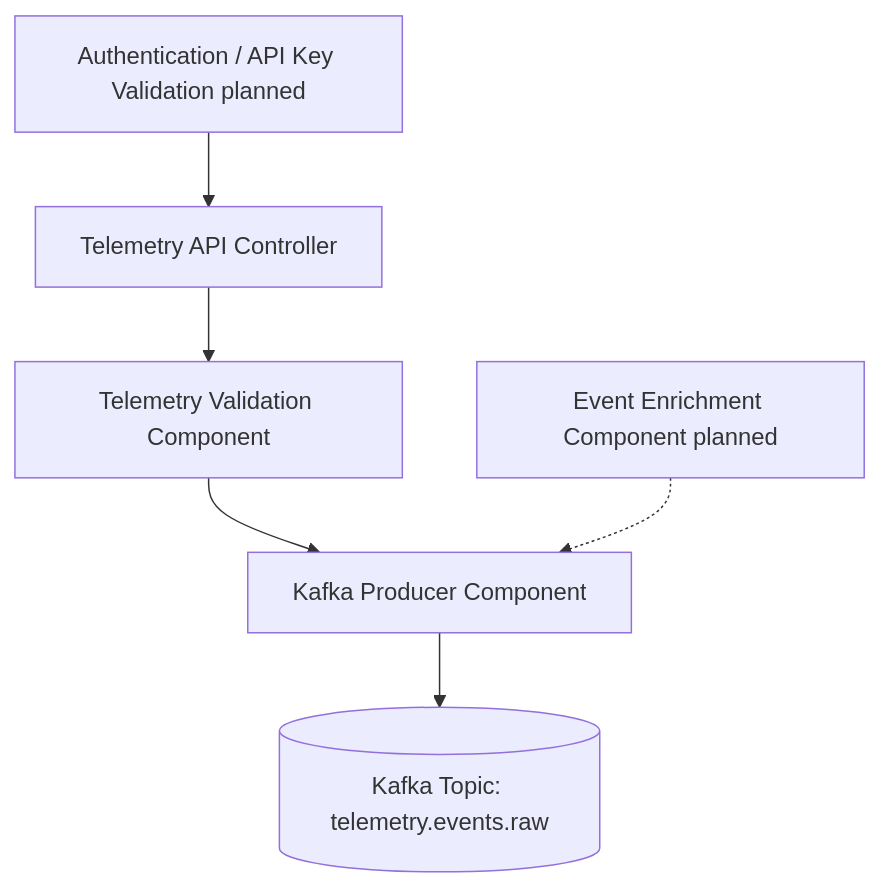
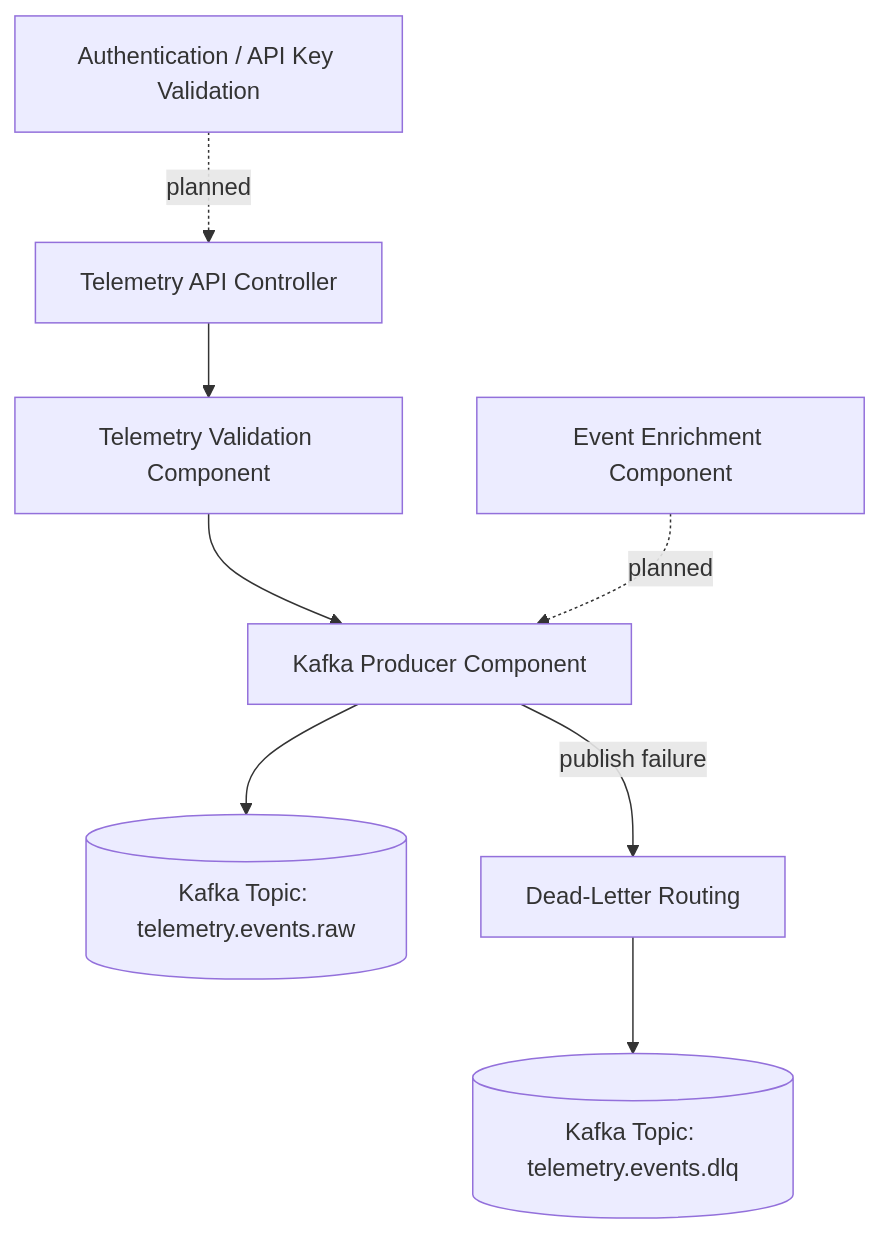
Before and after one commit to ME-Massine/pulsestream: the third of 4 diagrams in docs/architecture/c4-model.md, drawn with Mermaid. The commit also changed other lines of this file and 14 other files, not shown here.

First line of the commit message:
docs: synchronize roadmap, project state, diagrams, and issue hierarchy (#261)

````diff
--- a/docs/architecture/c4-model.md
+++ b/docs/architecture/c4-model.md
@@ -120,9 +125,11 @@
 ```mermaid
 flowchart TB
     A[Telemetry API Controller] --> B[Telemetry Validation Component]
     B --> D[Kafka Producer Component]
     D --> E[(Kafka Topic: telemetry.events.raw)]
+    D -->|publish failure| G[Dead-Letter Routing]
+    G --> H[(Kafka Topic: telemetry.events.dlq)]
 
-    C[Event Enrichment Component planned] -.-> D
-    F[Authentication / API Key Validation planned] --> A
+    C[Event Enrichment Component] -. planned .-> D
+    F[Authentication / API Key Validation] -. planned .-> A
 ```
````
